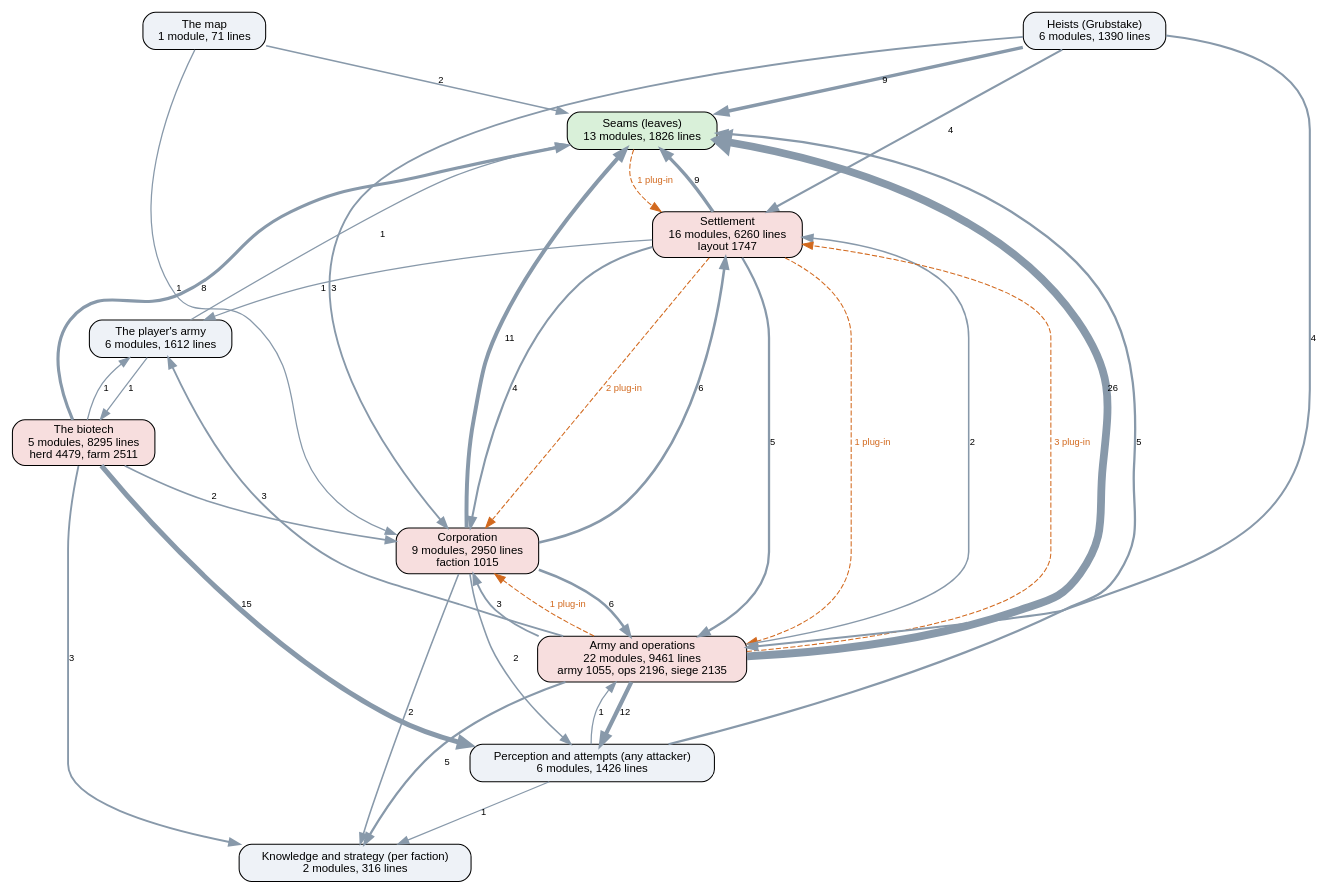
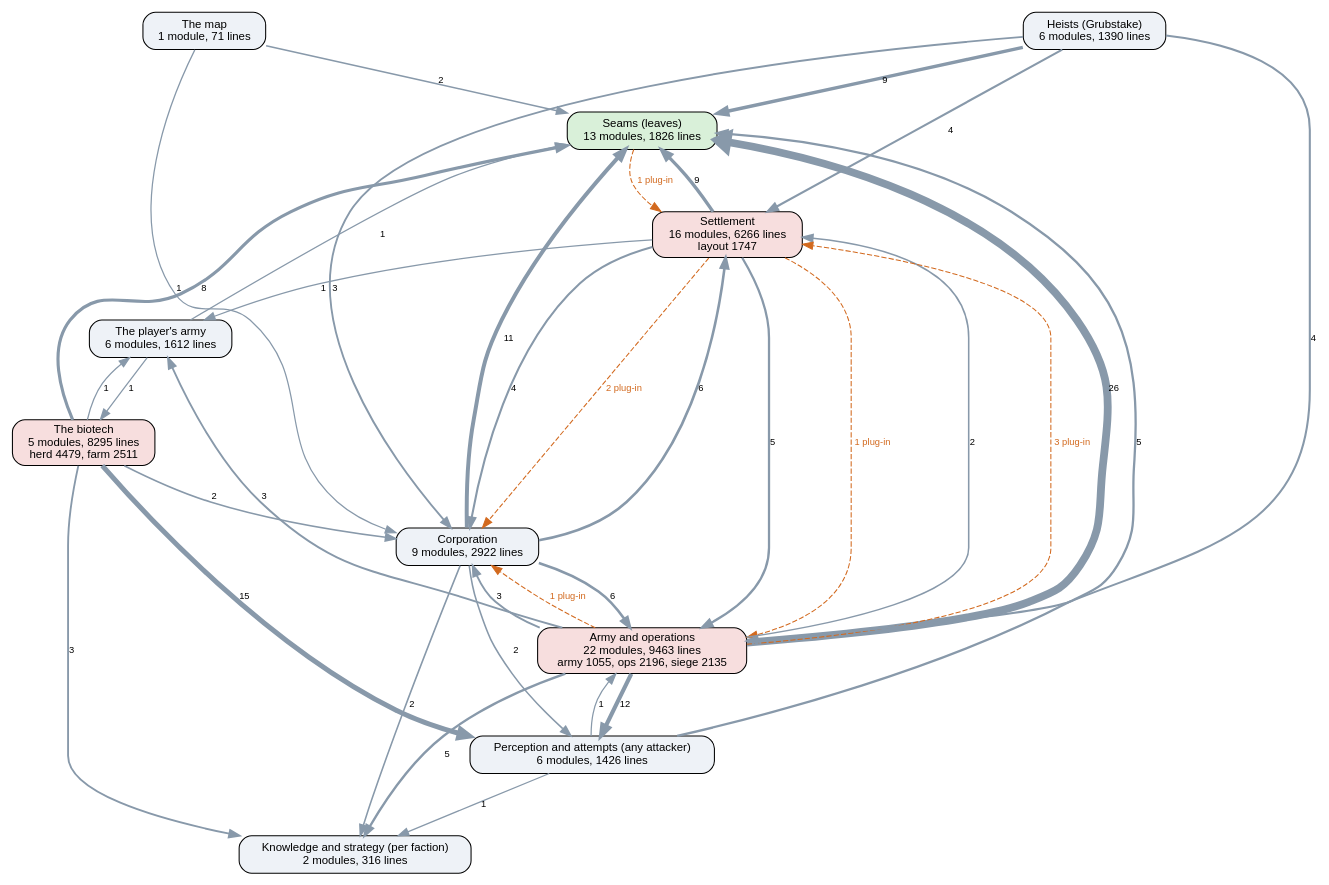
Before and after one commit to kinelhu/landing-party: the diagram in docs/ai-layers.dot, drawn with Graphviz. The commit also changed 12 other files, not shown here.

```diff
--- a/docs/ai-layers.dot
+++ b/docs/ai-layers.dot
@@ -1,51 +1,51 @@
 digraph layers {
   graph [rankdir=TB, fontname="Helvetica", nodesep=0.5, ranksep=0.7];
   node [shape=box, style="rounded,filled", fontname="Helvetica", fontsize=11, fillcolor="#eef2f7"];
   edge [color="#8899aa", fontname="Helvetica", fontsize=9];
   "Seams (leaves)" [label="Seams (leaves)\n13 modules, 1826 lines", fillcolor="#d9f0d9"];
   "Perception and attempts (any attacker)" [label="Perception and attempts (any attacker)\n6 modules, 1426 lines", fillcolor="#eef2f7"];
   "Knowledge and strategy (per faction)" [label="Knowledge and strategy (per faction)\n2 modules, 316 lines", fillcolor="#eef2f7"];
-  "Corporation" [label="Corporation\n9 modules, 2950 lines\nfaction 1015", fillcolor="#f7dede"];
-  "Settlement" [label="Settlement\n16 modules, 6260 lines\nlayout 1747", fillcolor="#f7dede"];
-  "Army and operations" [label="Army and operations\n22 modules, 9461 lines\narmy 1055, ops 2196, siege 2135", fillcolor="#f7dede"];
+  "Corporation" [label="Corporation\n9 modules, 2922 lines", fillcolor="#eef2f7"];
+  "Settlement" [label="Settlement\n16 modules, 6266 lines\nlayout 1747", fillcolor="#f7dede"];
+  "Army and operations" [label="Army and operations\n22 modules, 9463 lines\narmy 1055, ops 2196, siege 2135", fillcolor="#f7dede"];
   "Heists (Grubstake)" [label="Heists (Grubstake)\n6 modules, 1390 lines", fillcolor="#eef2f7"];
   "The biotech" [label="The biotech\n5 modules, 8295 lines\nherd 4479, farm 2511", fillcolor="#f7dede"];
   "The map" [label="The map\n1 module, 71 lines", fillcolor="#eef2f7"];
   "The player's army" [label="The player's army\n6 modules, 1612 lines", fillcolor="#eef2f7"];
   "Army and operations" -> "Corporation" [label="3", penwidth=1.8];
   "Army and operations" -> "Knowledge and strategy (per faction)" [label="5", penwidth=2.2];
   "Army and operations" -> "Perception and attempts (any attacker)" [label="12", penwidth=4.0];
   "Army and operations" -> "Seams (leaves)" [label="26", penwidth=7.5];
   "Army and operations" -> "Settlement" [label="2", penwidth=1.5];
   "Army and operations" -> "The player's army" [label="3", penwidth=1.8];
   "Corporation" -> "Army and operations" [label="6", penwidth=2.5];
   "Corporation" -> "Knowledge and strategy (per faction)" [label="2", penwidth=1.5];
   "Corporation" -> "Perception and attempts (any attacker)" [label="2", penwidth=1.5];
   "Corporation" -> "Seams (leaves)" [label="11", penwidth=3.8];
   "Corporation" -> "Settlement" [label="6", penwidth=2.5];
   "Heists (Grubstake)" -> "Army and operations" [label="4", penwidth=2.0];
   "Heists (Grubstake)" -> "Corporation" [label="3", penwidth=1.8];
   "Heists (Grubstake)" -> "Seams (leaves)" [label="9", penwidth=3.2];
   "Heists (Grubstake)" -> "Settlement" [label="4", penwidth=2.0];
   "Perception and attempts (any attacker)" -> "Army and operations" [label="1", penwidth=1.2];
   "Perception and attempts (any attacker)" -> "Knowledge and strategy (per faction)" [label="1", penwidth=1.2];
   "Perception and attempts (any attacker)" -> "Seams (leaves)" [label="5", penwidth=2.2];
   "Settlement" -> "Army and operations" [label="5", penwidth=2.2];
   "Settlement" -> "Corporation" [label="4", penwidth=2.0];
   "Settlement" -> "Seams (leaves)" [label="9", penwidth=3.2];
   "Settlement" -> "The player's army" [label="1", penwidth=1.2];
   "The biotech" -> "Corporation" [label="2", penwidth=1.5];
   "The biotech" -> "Knowledge and strategy (per faction)" [label="3", penwidth=1.8];
   "The biotech" -> "Perception and attempts (any attacker)" [label="15", penwidth=4.8];
   "The biotech" -> "Seams (leaves)" [label="8", penwidth=3.0];
   "The biotech" -> "The player's army" [label="1", penwidth=1.2];
   "The map" -> "Corporation" [label="1", penwidth=1.2];
   "The map" -> "Seams (leaves)" [label="2", penwidth=1.5];
   "The player's army" -> "Seams (leaves)" [label="1", penwidth=1.2];
   "The player's army" -> "The biotech" [label="1", penwidth=1.2];
   "Army and operations" -> "Corporation" [style=dashed, color="#d2691e", fontcolor="#d2691e", label="1 plug-in"];
   "Army and operations" -> "Settlement" [style=dashed, color="#d2691e", fontcolor="#d2691e", label="3 plug-in"];
   "Seams (leaves)" -> "Settlement" [style=dashed, color="#d2691e", fontcolor="#d2691e", label="1 plug-in"];
   "Settlement" -> "Army and operations" [style=dashed, color="#d2691e", fontcolor="#d2691e", label="1 plug-in"];
   "Settlement" -> "Corporation" [style=dashed, color="#d2691e", fontcolor="#d2691e", label="2 plug-in"];
 }
```
